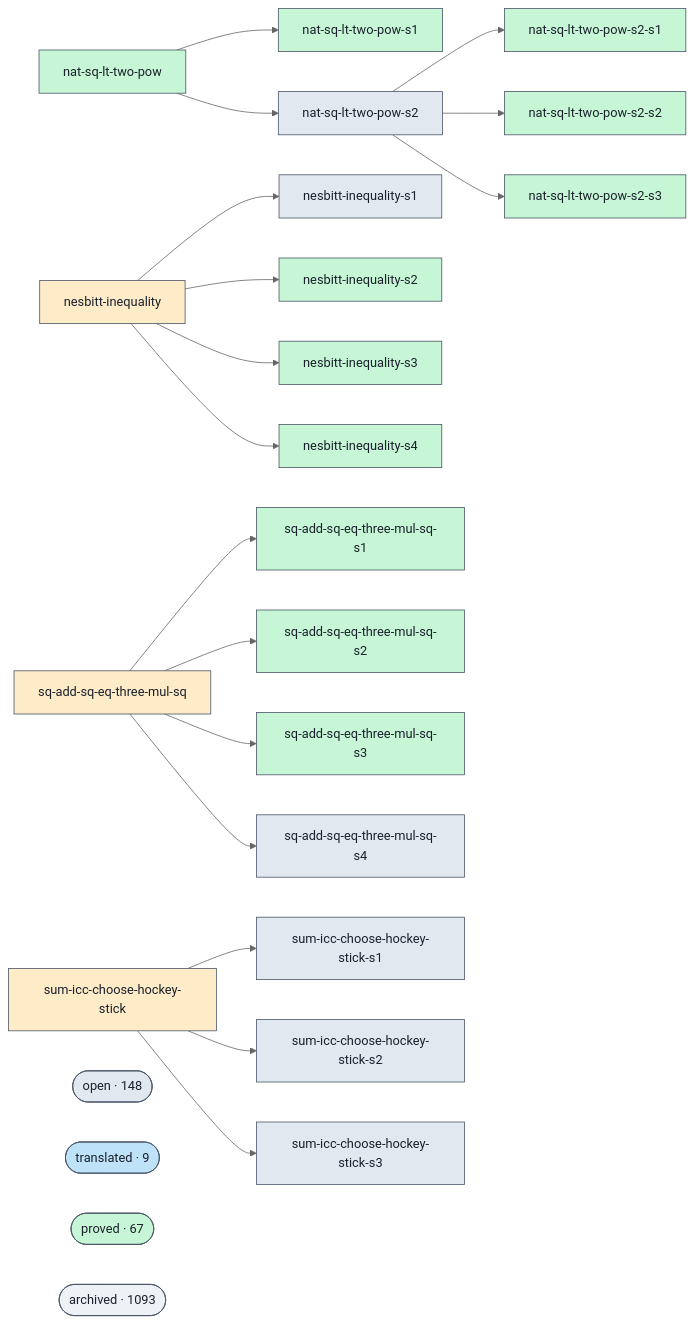
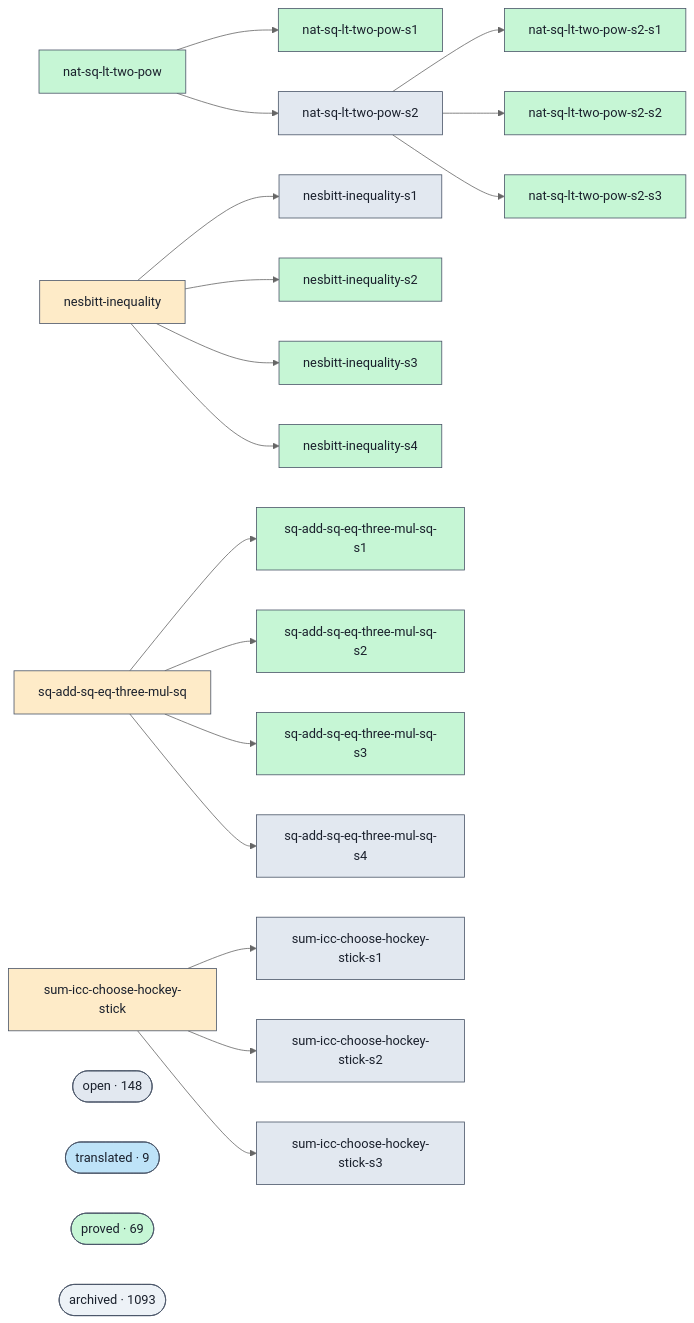
Before and after one commit to ohdearquant/unsorry: the diagram in docs/proofs-contributors-visualisation.md, drawn with Mermaid (neutral theme). The commit also changed other lines of this file and 2 other files, not shown here.

```diff
--- a/docs/proofs-contributors-visualisation.md
+++ b/docs/proofs-contributors-visualisation.md
@@ -102,7 +102,7 @@
   class cluster_open open;
   cluster_translated(["translated · 9"])
   class cluster_translated translated;
-  cluster_proved(["proved · 67"])
+  cluster_proved(["proved · 69"])
   class cluster_proved proved;
   cluster_archived(["archived · 1093"])
   class cluster_archived unknown;
```
